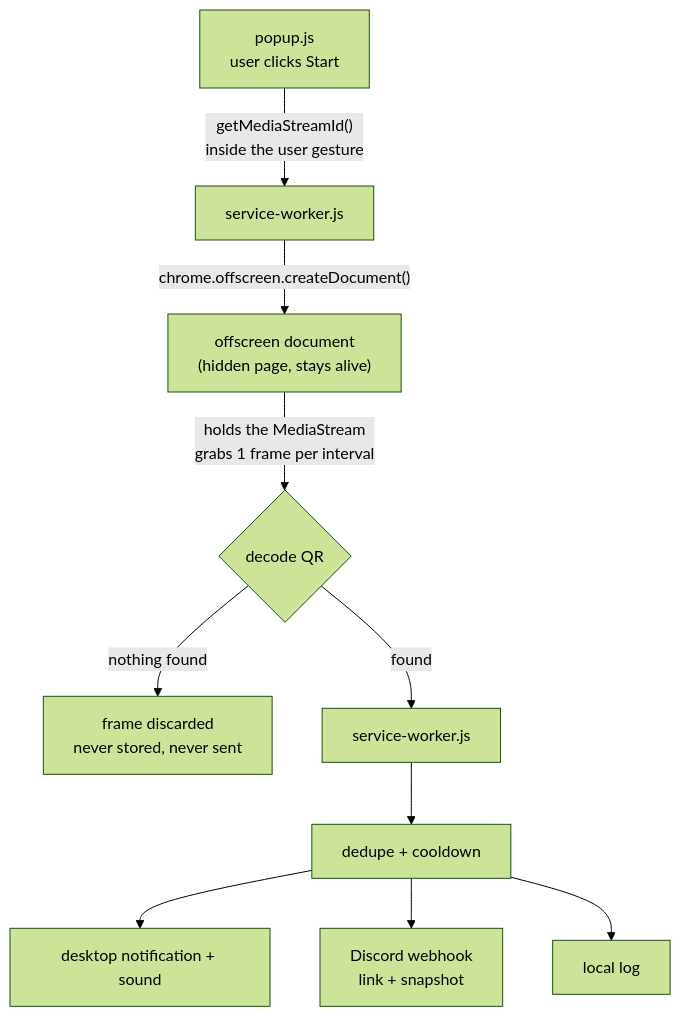
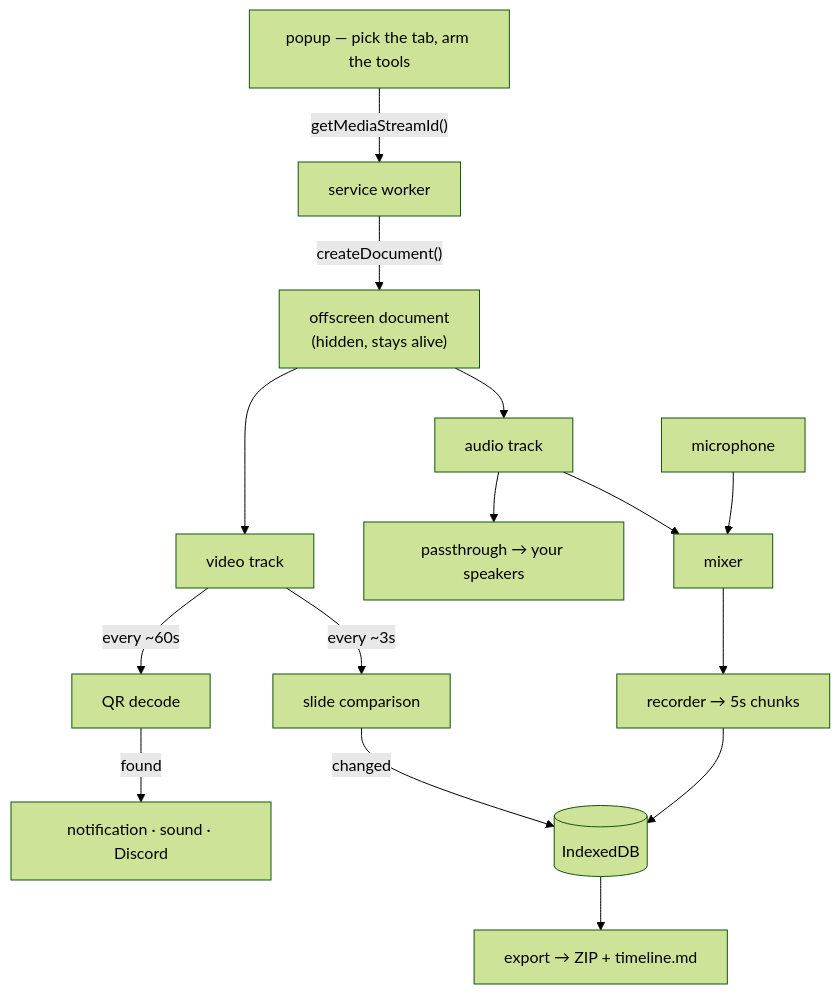
One commit to tlejay/magpie changed the diagram in README.md. Above: the diagram before and after it, drawn with Mermaid (forest theme). The commit also changed other lines of this file and 25 other files, not shown here.

````diff
--- a/README.md
+++ b/README.md
@@ -29,12 +37,21 @@
 ```mermaid
 flowchart TD
-    A["popup.js<br/>user clicks Start"] -->|"getMediaStreamId()<br/>inside the user gesture"| B["service-worker.js"]
-    B -->|"chrome.offscreen.createDocument()"| C["offscreen document<br/>(hidden page, stays alive)"]
-    C -->|"holds the MediaStream<br/>grabs 1 frame per interval"| D{"decode QR"}
-    D -->|"nothing found"| E["frame discarded<br/>never stored, never sent"]
-    D -->|"found"| F["service-worker.js"]
-    F --> G["dedupe + cooldown"]
-    G --> H["desktop notification + sound"]
-    G --> I["Discord webhook<br/>link + snapshot"]
-    G --> J["local log"]
+    P["popup — pick the tab, arm the tools"] -->|"getMediaStreamId()"| SW["service worker"]
+    SW -->|"createDocument()"| OFF["offscreen document<br/>(hidden, stays alive)"]
+
+    OFF --> V["video track"]
+    OFF --> A["audio track"]
+
+    V -->|"every ~60s"| QR["QR decode"]
+    V -->|"every ~3s"| SL["slide comparison"]
+
+    A --> PT["passthrough → your speakers"]
+    A --> MIX["mixer"]
+    MIC["microphone"] --> MIX
+    MIX --> REC["recorder → 5s chunks"]
+
+    QR -->|"found"| ALERT["notification · sound · Discord"]
+    SL -->|"changed"| IDB[("IndexedDB")]
+    REC --> IDB
+    IDB --> ZIP["export → ZIP + timeline.md"]
 ```
````
